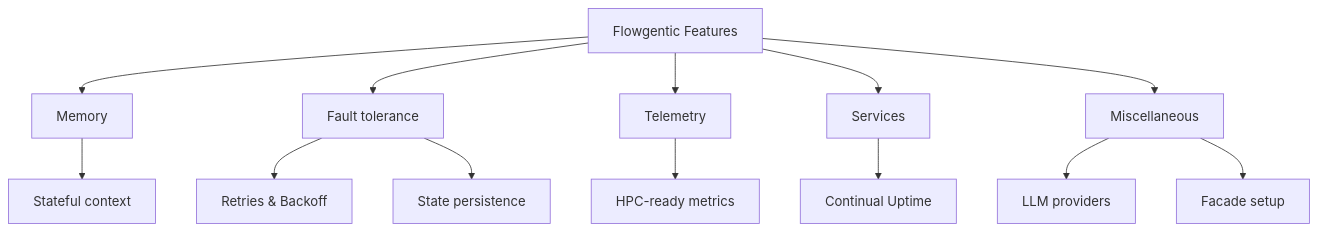
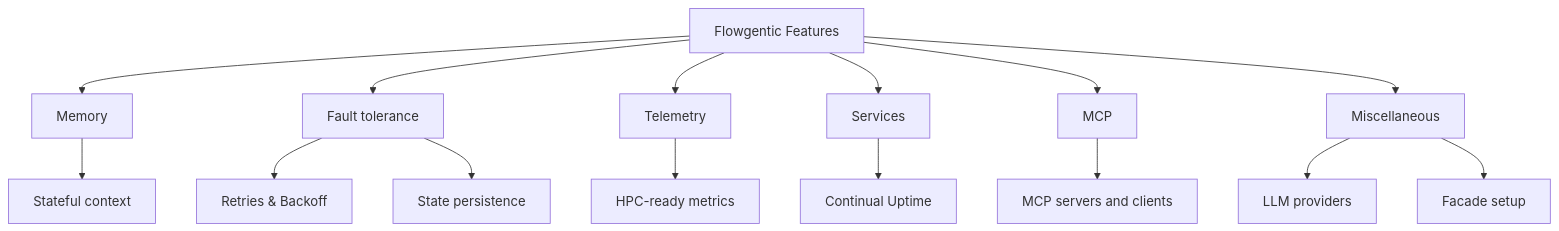
The diagram in docs/features/overview.md (stride-research/flowgentic), drawn with Mermaid before and after one commit. The commit also changed other lines of this file and 5 other files, not shown here.

````diff
--- a/docs/features/overview.md
+++ b/docs/features/overview.md
@@ -11,16 +12,18 @@
 ```mermaid
 graph TD
   A[Flowgentic Features] --> B[Memory]
   A --> C[Fault tolerance]
   A --> D[Telemetry]
   A --> E[Services]
-  A --> F[Miscellaneous]
+  A --> F[MCP]
+  A --> G[Miscellaneous]
 
   B --> B1[Stateful context]
   C --> C1[Retries & Backoff]
   C --> C2[State persistence]
   D --> D1[HPC-ready metrics]
   E --> E1[Continual Uptime]
-  F --> F1[LLM providers]
-  F --> F2[Facade setup]
+  F --> F1[MCP servers and clients]
+  G --> G1[LLM providers]
+  G --> G2[Facade setup]
 ```
````
